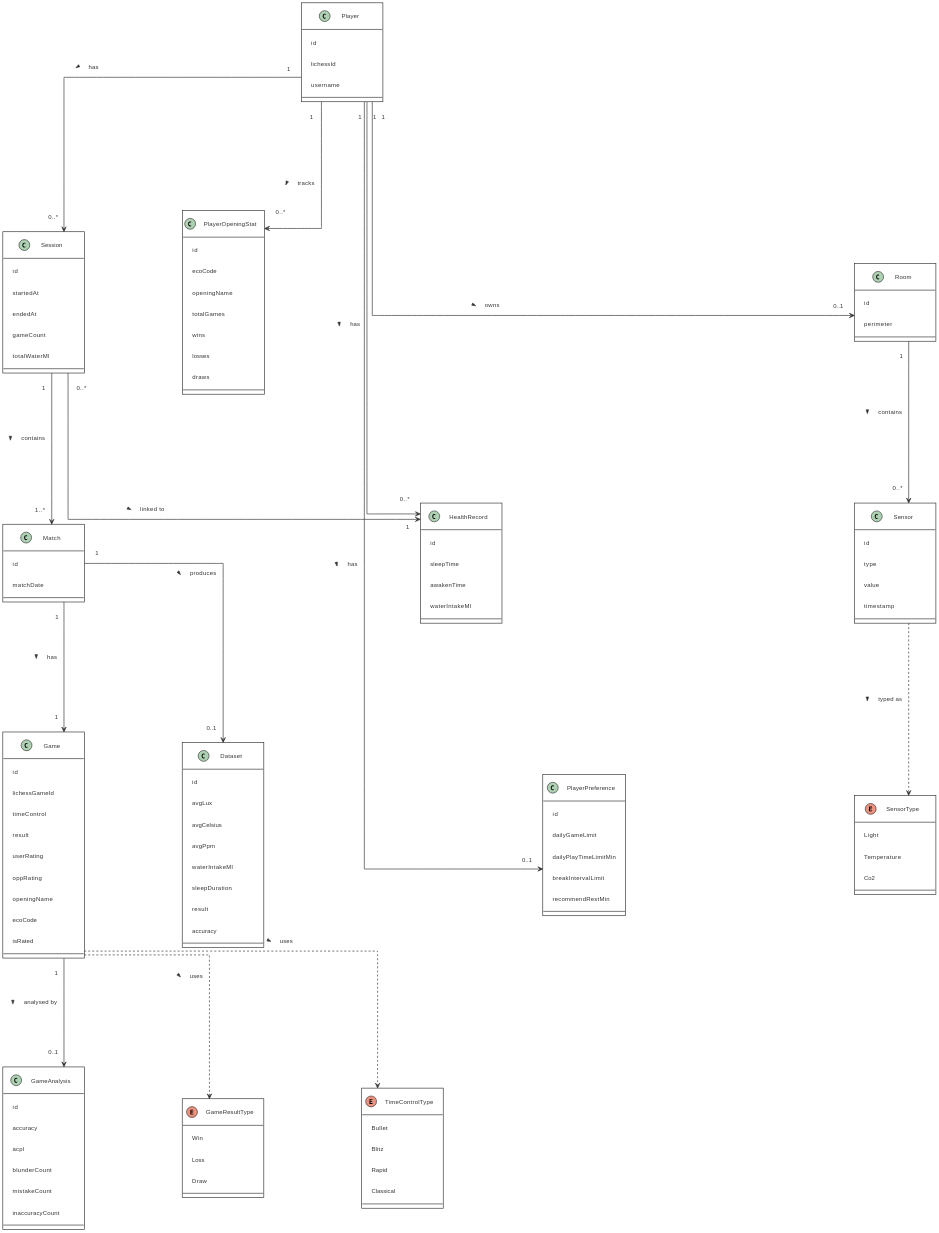
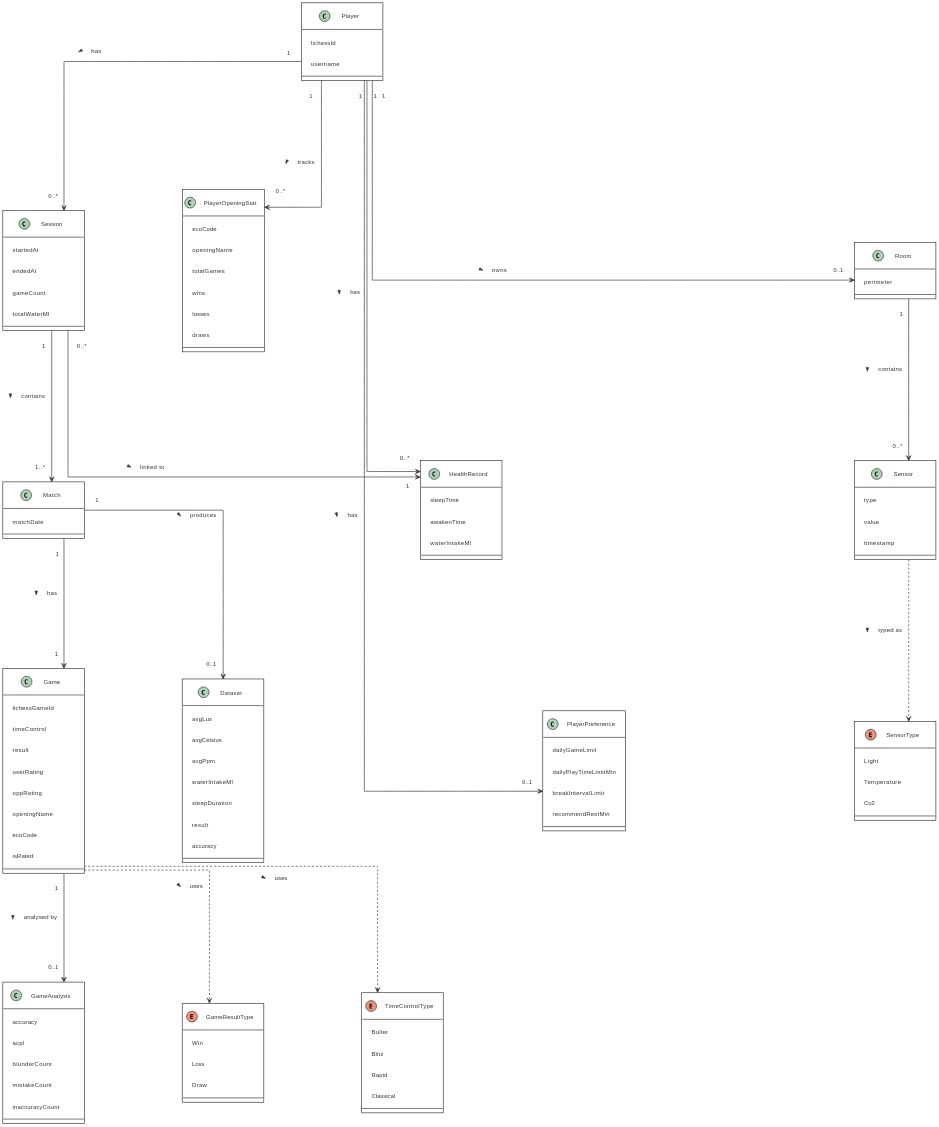
One commit to Kanku-SEP4-org/Chess-Assistance changed the diagram in Analysis/DomainModel.md. Above: the diagram before and after it, drawn with PlantUML. The commit also changed 6 other files, not shown here.

Commit message:
[Add] export diagrams [Update] domain model

```diff
--- a/Analysis/DomainModel.md
+++ b/Analysis/DomainModel.md
@@ -47,13 +47,11 @@
 ' ── Core Chess Domain ─────────────────────────────────────────────────
 
 class Player {
-  id
   lichessId
   username
 }
 
 class Session {
-  id
   startedAt
   endedAt
   gameCount
@@ -61,12 +59,10 @@
 }
 
 class Match {
-  id
   matchDate
 }
 
 class Game {
-  id
   lichessGameId
   timeControl
   result
@@ -78,7 +74,6 @@
 }
 
 class GameAnalysis {
-  id
   accuracy
   acpl
   blunderCount
@@ -87,7 +82,6 @@
 }
 
 class PlayerOpeningStat {
-  id
   ecoCode
   openingName
   totalGames
@@ -97,7 +91,6 @@
 }
 
 class Dataset {
-  id
   avgLux
   avgCelsius
   avgPpm
@@ -110,14 +103,12 @@
 ' ── Health & Preferences ──────────────────────────────────────────────
 
 class HealthRecord {
-  id
   sleepTime
   awakenTime
   waterIntakeMl
 }
 
 class PlayerPreference {
-  id
   dailyGameLimit
   dailyPlayTimeLimitMin
   breakIntervalLimit
@@ -127,12 +118,10 @@
 ' ── IoT Domain ────────────────────────────────────────────────────────
 
 class Room {
-  id
   perimeter
 }
 
 class Sensor {
-  id
   type
   value
   timestamp
```
